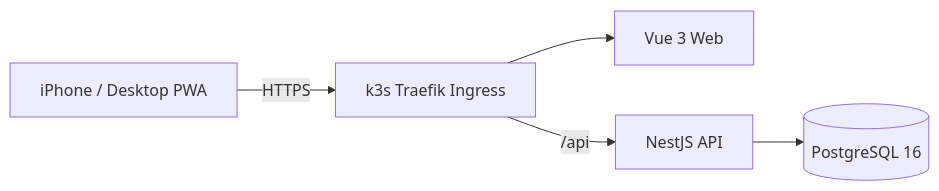
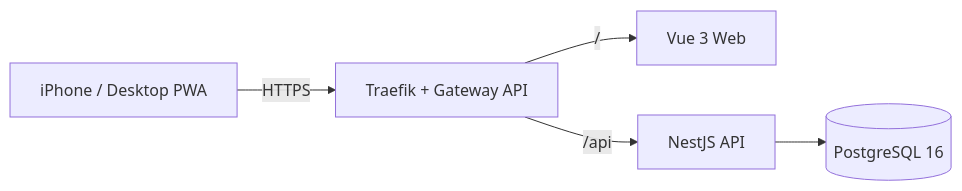
Before and after one commit to cleanbrain-developer/english-core-speaking: the diagram in README.md, drawn with Mermaid. The commit also changed other lines of this file, not shown here.

Commit message:
Rewrite README for production architecture and portfolio

````diff
--- a/README.md
+++ b/README.md
@@ -9,7 +13,7 @@
 ```mermaid
 flowchart LR
-  U[iPhone / Desktop PWA] -->|HTTPS| RP[k3s Traefik Ingress]
-  RP --> W[Vue 3 Web]
-  RP -->|/api| A[NestJS API]
+  U[iPhone / Desktop PWA] -->|HTTPS| GW[Traefik + Gateway API]
+  GW -->|/| W[Vue 3 Web]
+  GW -->|/api| A[NestJS API]
   A --> P[(PostgreSQL 16)]
 ```
````
